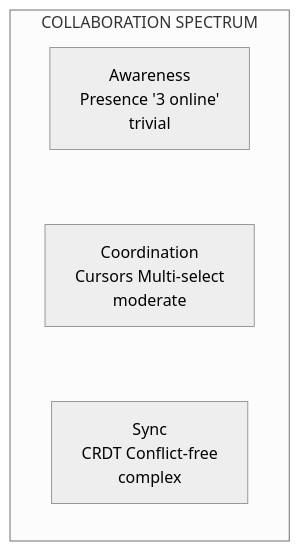
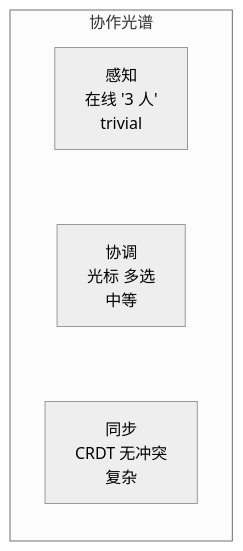
Before and after one commit to Kirky-X/specmark: the second of 4 diagrams in references/explore.md, drawn with Mermaid (neutral theme). The commit also changed other lines of this file and 11 other files, not shown here.

````diff
--- a/references/explore.md
+++ b/references/explore.md
@@ -144,6 +144,6 @@
 ```mermaid
 flowchart LR
-  subgraph spectrum["COLLABORATION SPECTRUM"]
-    A["Awareness<br/>Presence '3 online'<br/>trivial"] ~~~ B["Coordination<br/>Cursors Multi-select<br/>moderate"] ~~~ C["Sync<br/>CRDT Conflict-free<br/>complex"]
+  subgraph spectrum["协作光谱"]
+    A["感知<br/>在线 '3 人'<br/> trivial"] ~~~ B["协调<br/>光标 多选<br/>中等"] ~~~ C["同步<br/>CRDT 无冲突<br/>复杂"]
   end
 ```
````
